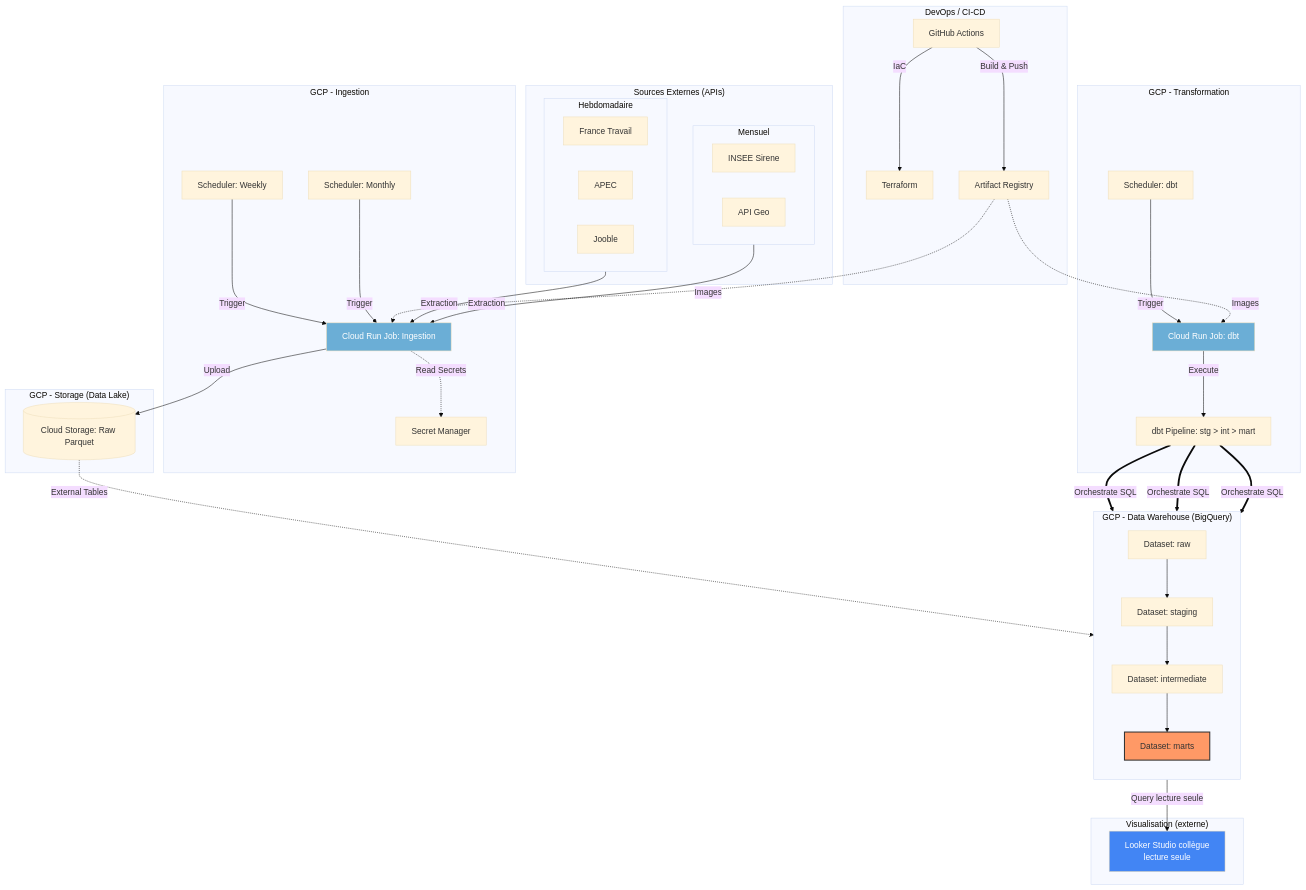
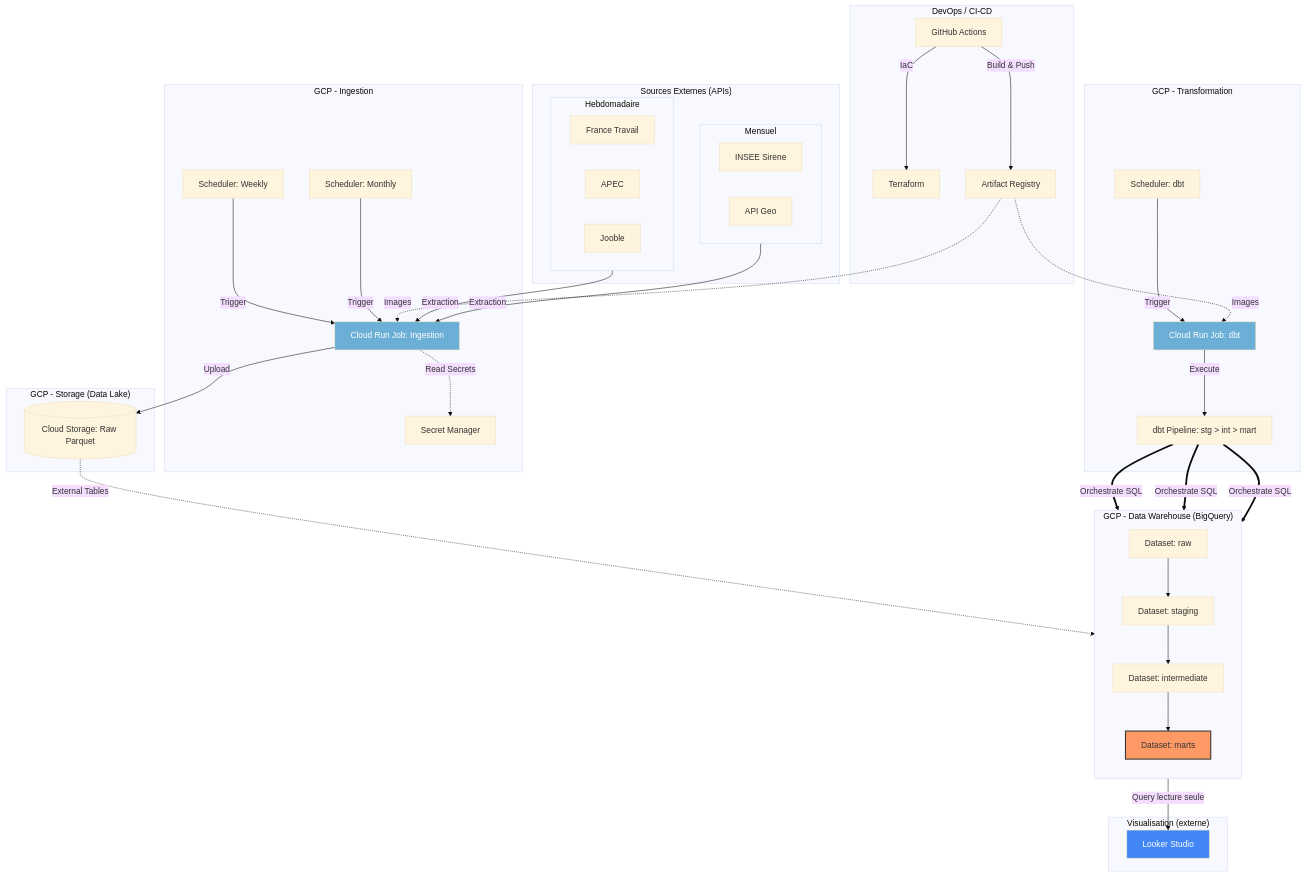
The diagram in docs/architecture.md (AFlo59/Cartographie-Marche-Data-Engineer), drawn with Mermaid (base theme) before and after one commit.

Commit message:
Revise Looker Studio label in architecture documentation
Updated the Looker Studio label for clarity.

```diff
--- a/docs/architecture.md
+++ b/docs/architecture.md
@@ -70,7 +70,7 @@
 
     %% Visualisation (externe au projet)
     subgraph VISUAL ["Visualisation (externe)"]
-        LS[Looker Studio collègue<br/>lecture seule]
+        LS[Looker Studio]
     end
 
     BQ_MRT --> |Query lecture seule| LS
```
